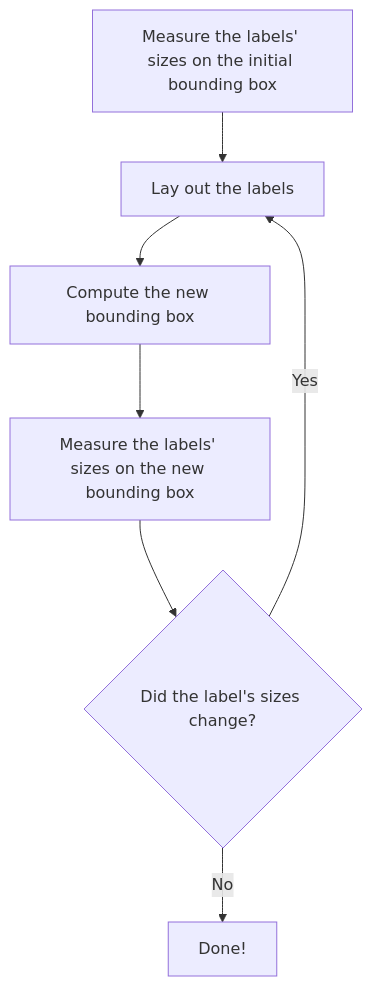
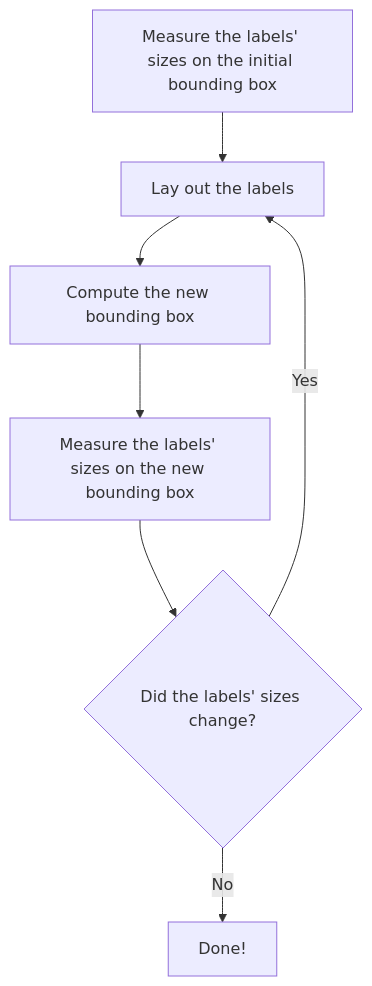
One commit to jolars/jolars.co changed the third of 3 diagrams in blog/2026-07-04-eunoia/index.qmd. Above: the diagram before and after it, drawn with Mermaid. The commit also changed other lines of this file and 3 other files, not shown here.

````diff
--- a/blog/2026-07-04-eunoia/index.qmd
+++ b/blog/2026-07-04-eunoia/index.qmd
@@ -500,15 +500,15 @@
 ```{mermaid}
 %%| label: fig-labeling-algorithm
 %%| fig-cap: The fixed-point algorithm for drawing the labels.
 
 flowchart TD
   A["Measure the labels' sizes on the initial bounding box"]
   B["Lay out the labels"]
   C["Compute the new bounding box"]
   D["Measure the labels' sizes on the new bounding box"]
-  E{"Did the label's sizes change?"}
+  E{"Did the labels' sizes change?"}
   F["Done!"]
   A --> B --> C --> D --> E
   E -->|Yes| B
   E -->|No| F
 ```
````
